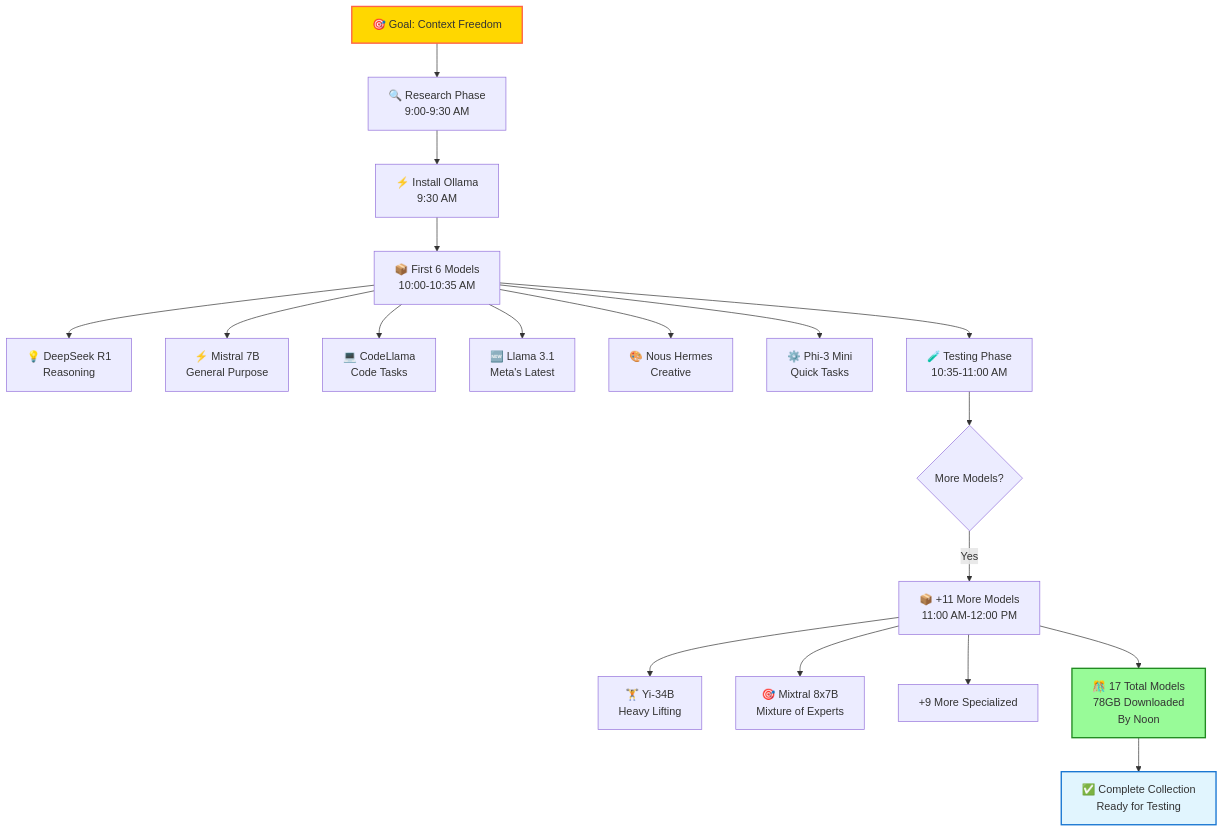
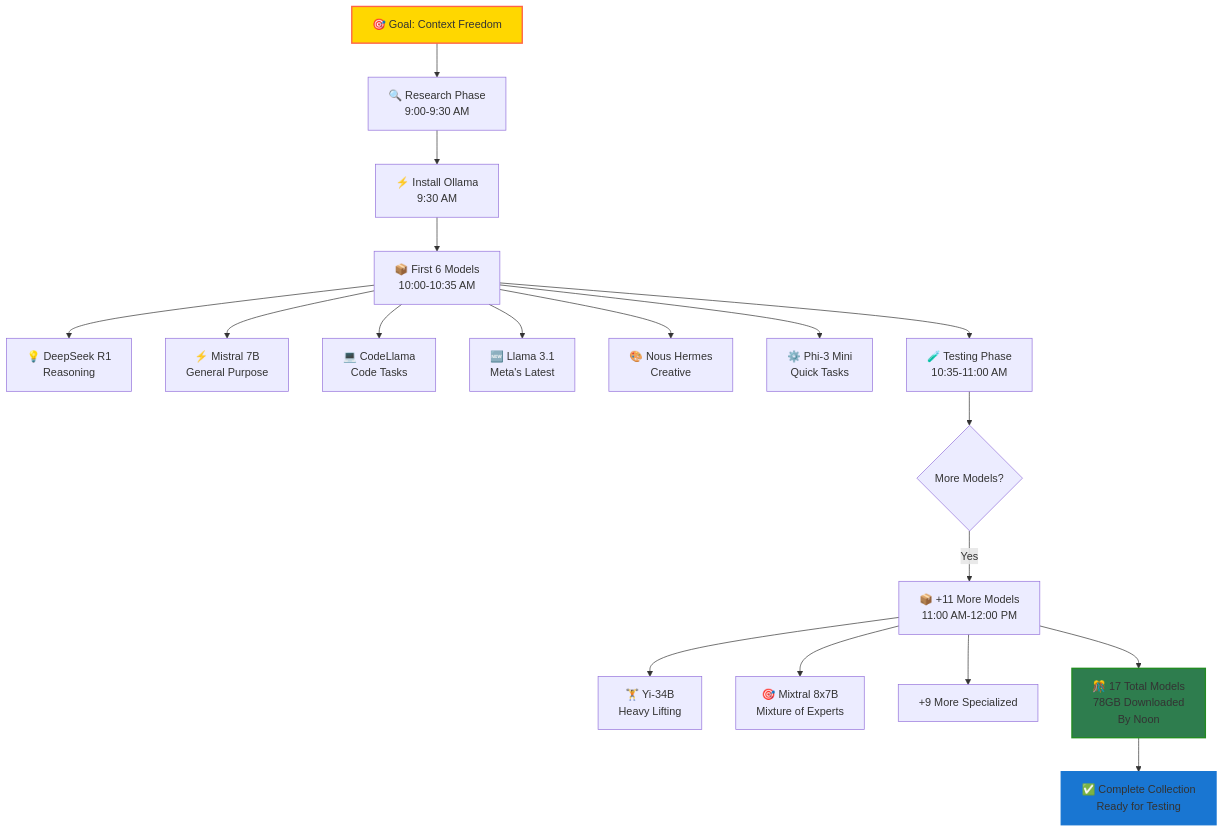
The second of 3 diagrams in content/posts/2025-10-05-season-1-episode-3-ai-awakening.md (rduffyuk/blog), drawn with Mermaid before and after one commit. The commit also changed other lines of this file and 15 other files, not shown here.

First line of the commit message:
Fix all diagram backgrounds and increase text to 72px

````diff
--- a/content/posts/2025-10-05-season-1-episode-3-ai-awakening.md
+++ b/content/posts/2025-10-05-season-1-episode-3-ai-awakening.md
@@ -201,29 +201,29 @@
 ```mermaid
 graph TD
     Start[🎯 Goal: Context Freedom] --> Research[🔍 Research Phase<br/>9:00-9:30 AM]
     Research --> Install[⚡ Install Ollama<br/>9:30 AM]
     Install --> First6[📦 First 6 Models<br/>10:00-10:35 AM]
 
     First6 --> Reasoning[💡 DeepSeek R1<br/>Reasoning]
     First6 --> Fast[⚡ Mistral 7B<br/>General Purpose]
     First6 --> Code[💻 CodeLlama<br/>Code Tasks]
     First6 --> Latest[🆕 Llama 3.1<br/>Meta's Latest]
     First6 --> Creative[🎨 Nous Hermes<br/>Creative]
     First6 --> Mini[⚙️ Phi-3 Mini<br/>Quick Tasks]
 
     First6 --> Testing[🧪 Testing Phase<br/>10:35-11:00 AM]
     Testing --> Decision{More Models?}
     Decision -->|Yes| More11[📦 +11 More Models<br/>11:00 AM-12:00 PM]
 
     More11 --> Heavy[🏋️ Yi-34B<br/>Heavy Lifting]
     More11 --> Expert[🎯 Mixtral 8x7B<br/>Mixture of Experts]
     More11 --> Plus9[+9 More Specialized]
 
     More11 --> Final[🎊 17 Total Models<br/>78GB Downloaded<br/>By Noon]
 
     Final --> Result[✅ Complete Collection<br/>Ready for Testing]
 
     style Start fill:#ffd700,stroke:#ff6347,stroke-width:2px
-    style Final fill:#98fb98,stroke:#228b22,stroke-width:2px
-    style Result fill:#e1f5fe,stroke:#1976d2,stroke-width:2px
+    style Final fill:#2E7D4E,stroke:#228b22,stroke-width:2px
+    style Result fill:#1976D2,stroke:#1976d2,stroke-width:2px
 ```
````
